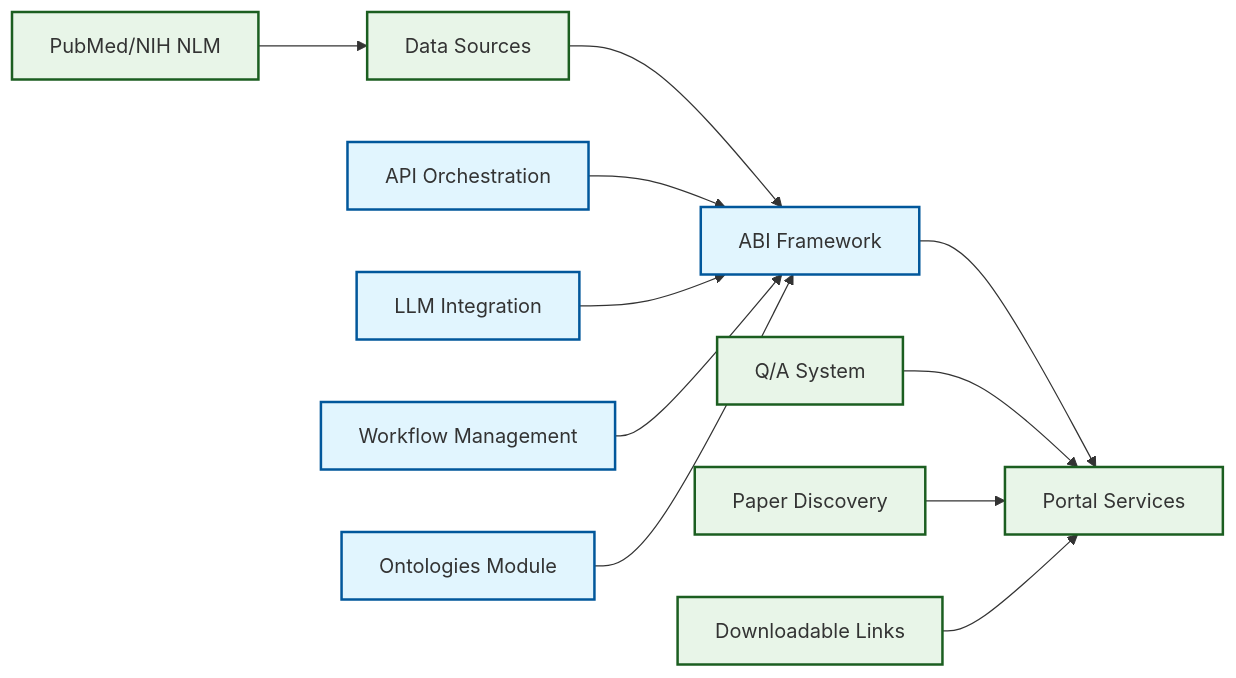
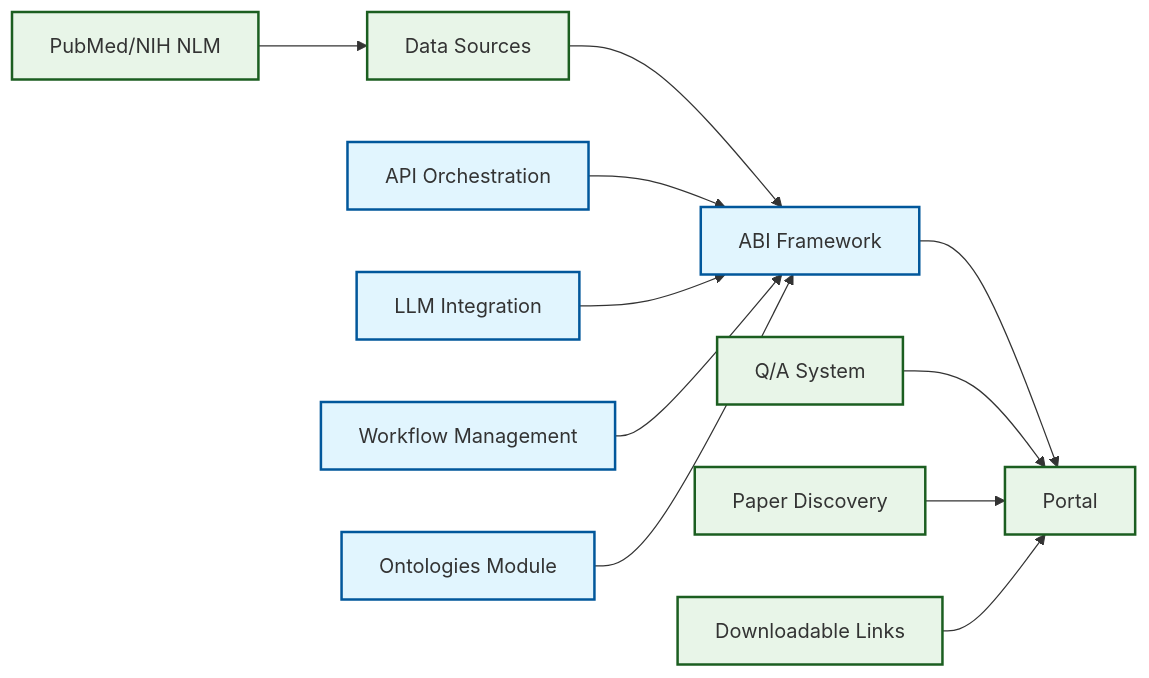
The third of 4 diagrams in docs/resources/portal-development.md (NCOR-Organization/HealthyPhases), drawn with Mermaid before and after one commit. The commit also changed other lines of this file and 5 other files, not shown here.

````diff
--- a/docs/resources/portal-development.md
+++ b/docs/resources/portal-development.md
@@ -145,26 +145,26 @@
 ```mermaid
 flowchart LR
     A[Data Sources] --> B[ABI Framework]
-    B --> C[Portal Services]
+    B --> C[Portal]
     
     A1["PubMed/NIH NLM"] --> A
     
     B1[API Orchestration] --> B
     B2[LLM Integration] --> B
     B3[Workflow Management] --> B
     B4[Ontologies Module] --> B
     
     C1[Q/A System] --> C
     C2[Paper Discovery] --> C
     C3[Downloadable Links] --> C
     
     classDef completed fill:#e8f5e8,stroke:#1b5e20,stroke-width:2px
     classDef data fill:#e8f5e8,stroke:#1b5e20,stroke-width:2px
     classDef abi fill:#e1f5fe,stroke:#01579b,stroke-width:2px
     classDef portal fill:#e8f5e8,stroke:#1b5e20,stroke-width:2px
     
     class A,C completed
     class A1 data
     class B,B1,B2,B3,B4 abi
     class C1,C2,C3 portal
 ```
````
